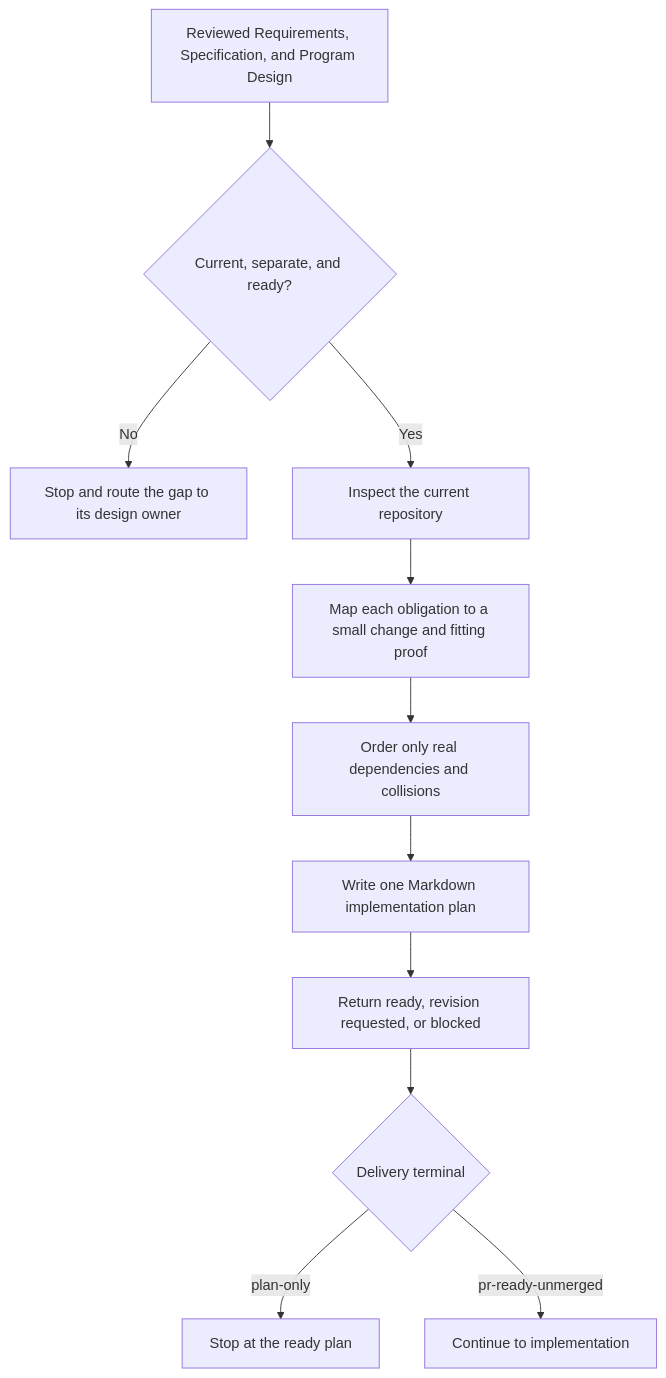
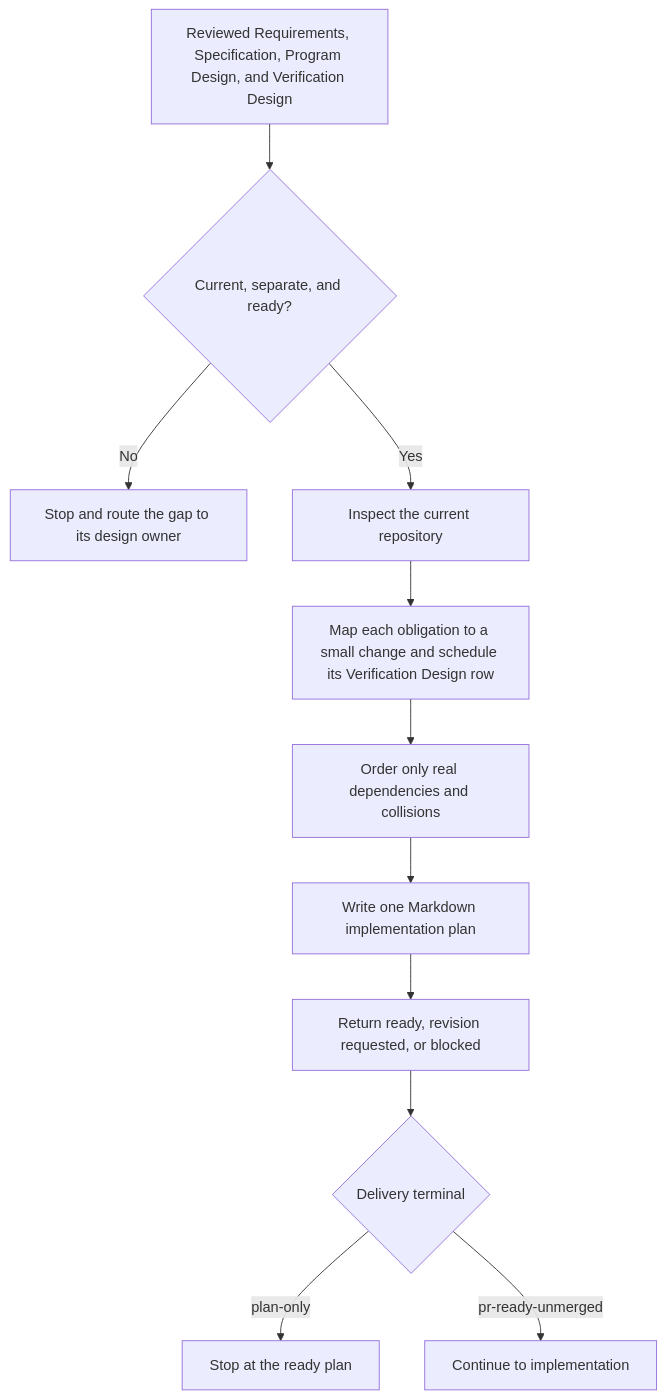
The diagram in plugins/sunstack-dev/skills/plan-implementation/README.md (ShravanSunder/sunstack), drawn with Mermaid before and after one commit. The commit also changed other lines of this file and 57 other files, not shown here.

First line of the commit message:
feat(skills): four-document design cycle uses Verification Design (2.86.0)

````diff
--- a/plugins/sunstack-dev/skills/plan-implementation/README.md
+++ b/plugins/sunstack-dev/skills/plan-implementation/README.md
@@ -9,13 +9,13 @@
 ```mermaid
 flowchart TD
-    A[Reviewed Requirements, Specification, and Program Design] --> B{Current, separate, and ready?}
+    A[Reviewed Requirements, Specification, Program Design, and Verification Design] --> B{Current, separate, and ready?}
     B -- No --> C[Stop and route the gap to its design owner]
     B -- Yes --> D[Inspect the current repository]
-    D --> E[Map each obligation to a small change and fitting proof]
+    D --> E[Map each obligation to a small change and schedule its Verification Design row]
     E --> F[Order only real dependencies and collisions]
     F --> G[Write one Markdown implementation plan]
     G --> H[Return ready, revision requested, or blocked]
     H --> I{Delivery terminal}
     I -- plan-only --> J[Stop at the ready plan]
     I -- pr-ready-unmerged --> K[Continue to implementation]
 ```
````
